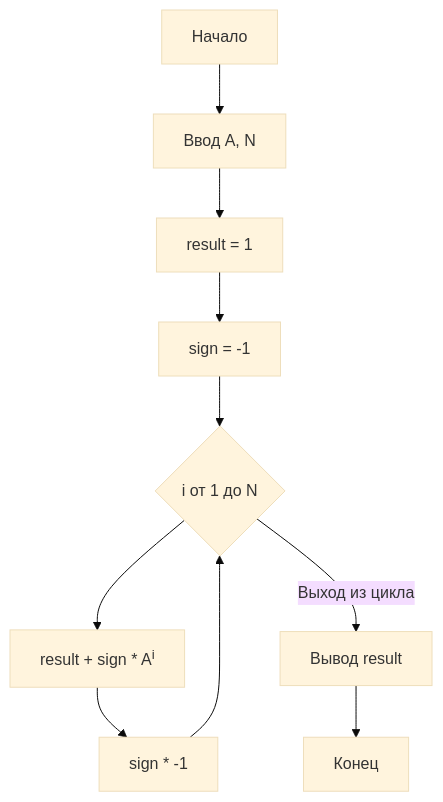
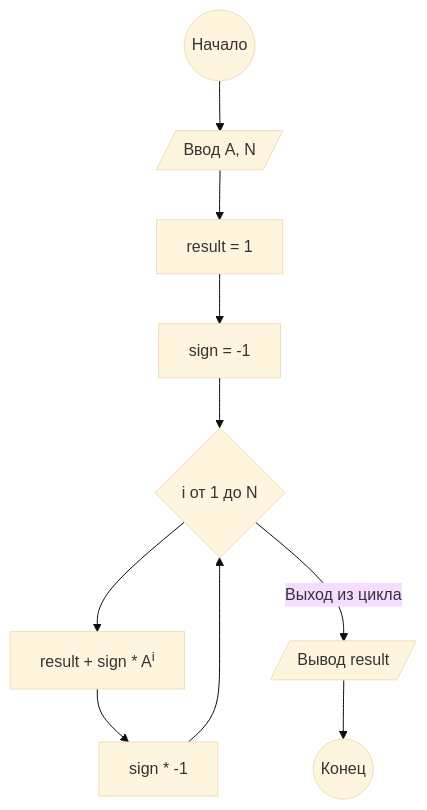
One commit to topanim/python-programming-practice changed the diagram in practices/p4/n1/README.md. Above: the diagram before and after it, drawn with Mermaid (base theme). The commit also changed 4 other files, not shown here.

````diff
--- a/practices/p4/n1/README.md
+++ b/practices/p4/n1/README.md
@@ -15,12 +15,12 @@
 ```mermaid
 graph TB
-    A[Начало] --> B[Ввод A, N];
+    A((Начало)) --> B[/Ввод A, N/];
     B --> C[result = 1];
     C --> D[sign = -1];
     D --> E{i от 1 до N};
     E --> F[result + sign * A<sup>i</sup>];
     F --> G[sign * -1];
     G --> E;
-    E -- Выход из цикла --> I[Вывод result];
-    I --> J[Конец];
+    E -- Выход из цикла --> I[/Вывод result/];
+    I --> J((Конец));
 ```
````
